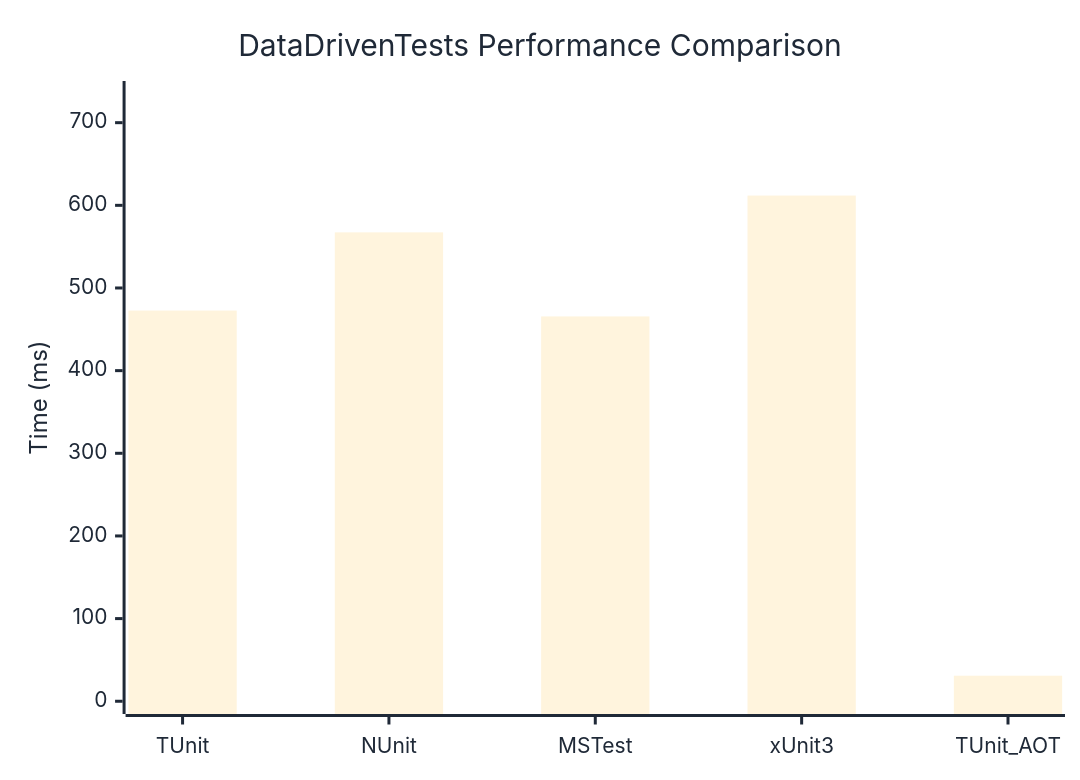
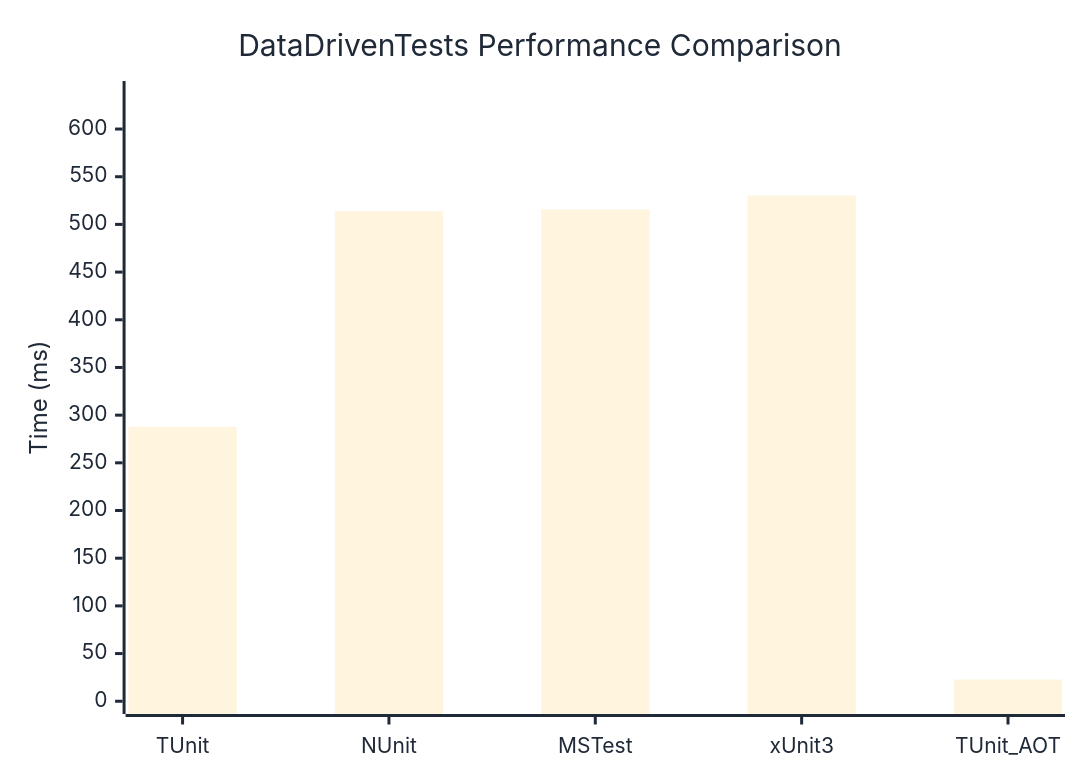
Before and after one commit to thomhurst/TUnit: the diagram in docs/docs/benchmarks/DataDrivenTests.md, drawn with Mermaid. The commit also changed other lines of this file and 17 other files, not shown here.

````diff
--- a/docs/docs/benchmarks/DataDrivenTests.md
+++ b/docs/docs/benchmarks/DataDrivenTests.md
@@ -27,37 +27,37 @@
 ```mermaid
 %%{init: {
   'theme':'base',
   'themeVariables': {
     'primaryColor': '#2563eb',
     'primaryTextColor': '#1f2937',
     'primaryBorderColor': '#1e40af',
     'lineColor': '#6b7280',
     'secondaryColor': '#7c3aed',
     'tertiaryColor': '#dc2626',
     'background': '#ffffff',
     'mainBkg': '#2563eb',
     'secondBkg': '#7c3aed',
     'tertiaryBkg': '#dc2626',
     'clusterBkg': '#f3f4f6',
     'edgeLabelBackground': '#ffffff',
     'tertiaryTextColor': '#1f2937',
     'pie1': '#2563eb',
     'pie2': '#7c3aed',
     'pie3': '#dc2626',
     'pie4': '#f59e0b',
     'pie5': '#10b981',
     'pie6': '#06b6d4',
     'pie7': '#ec4899',
     'pie8': '#6366f1',
     'pie9': '#84cc16',
     'pie10': '#f97316',
     'pie11': '#14b8a6',
     'pie12': '#a855f7'
   }
 }}%%
 xychart-beta
   title "DataDrivenTests Performance Comparison"
   x-axis ["TUnit", "NUnit", "MSTest", "xUnit3", "TUnit_AOT"]
-  y-axis "Time (ms)" 0 --> 735
-  bar [472.69, 567.28, 465.59, 611.81, 30.9]
+  y-axis "Time (ms)" 0 --> 637
+  bar [287.75, 513.77, 515.54, 530.26, 22.78]
 ```
````
